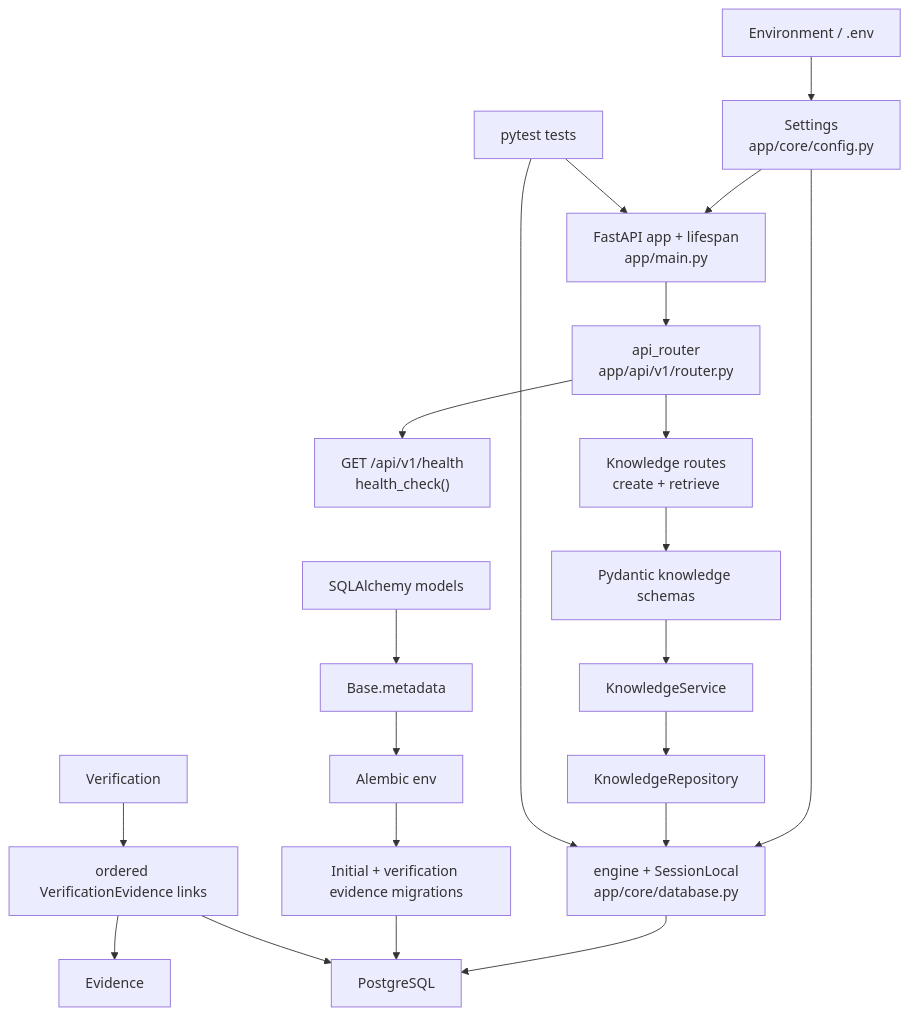
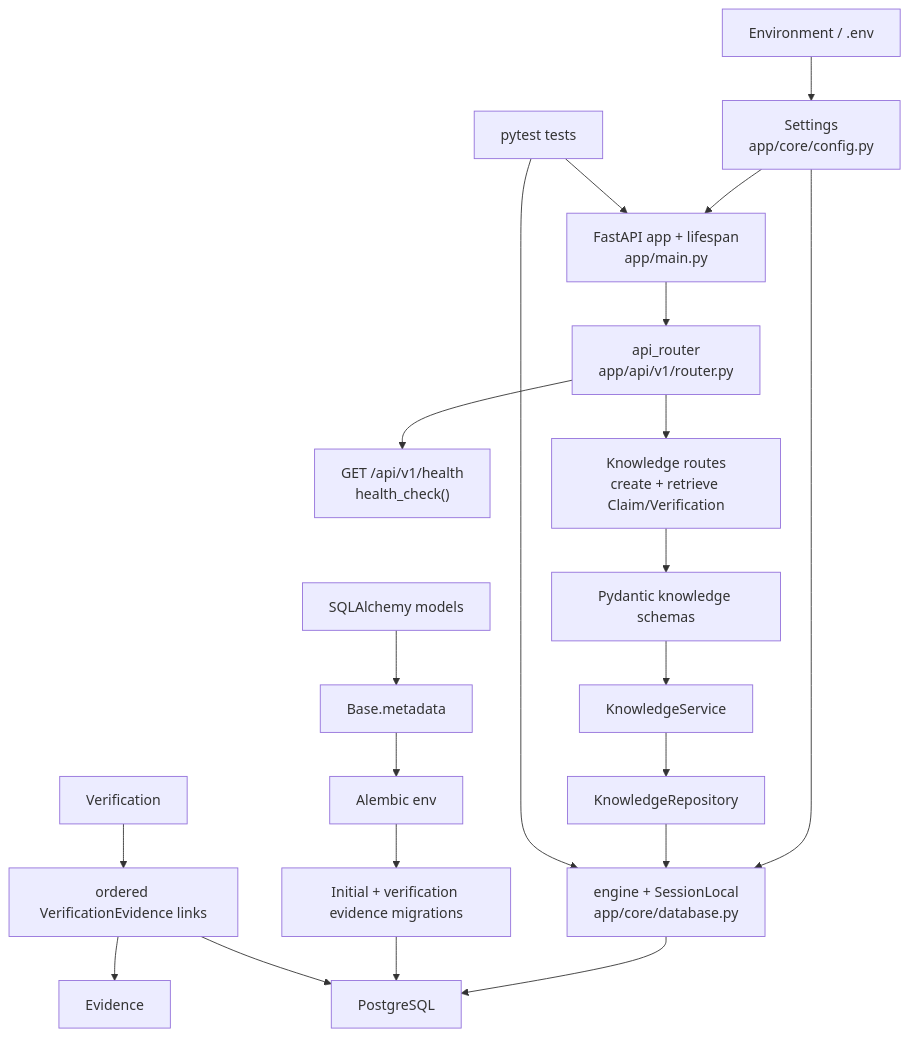
One commit to Dyuti60/assam-exam-ai changed the first of 4 diagrams in docs/workflow.md. Above: the diagram before and after it, drawn with Mermaid. The commit also changed other lines of this file and 6 other files, not shown here.

````diff
--- a/docs/workflow.md
+++ b/docs/workflow.md
@@ -9,23 +9,23 @@
 ```mermaid
 flowchart TD
     ENV["Environment / .env"] --> CFG["Settings\napp/core/config.py"]
     CFG --> APP["FastAPI app + lifespan\napp/main.py"]
     CFG --> DB["engine + SessionLocal\napp/core/database.py"]
     APP --> V1["api_router\napp/api/v1/router.py"]
     V1 --> HEALTH["GET /api/v1/health\nhealth_check()"]
-    V1 --> KNOWLEDGE["Knowledge routes\ncreate + retrieve"]
+    V1 --> KNOWLEDGE["Knowledge routes\ncreate + retrieve Claim/Verification"]
     KNOWLEDGE --> CONTRACTS["Pydantic knowledge schemas"]
     CONTRACTS --> SERVICE["KnowledgeService"]
     SERVICE --> REPOSITORY["KnowledgeRepository"]
     REPOSITORY --> DB
     DB --> POSTGRES["PostgreSQL"]
     MODELS["SQLAlchemy models"] --> META["Base.metadata"]
     META --> ALEMBIC["Alembic env"]
     ALEMBIC --> MIGRATION["Initial + verification evidence migrations"]
     MIGRATION --> POSTGRES
     VERIFICATION["Verification"] --> LINKS["ordered VerificationEvidence links"]
     LINKS --> EVIDENCE["Evidence"]
     LINKS --> POSTGRES
     TESTS["pytest tests"] --> APP
     TESTS --> DB
 ```
````
